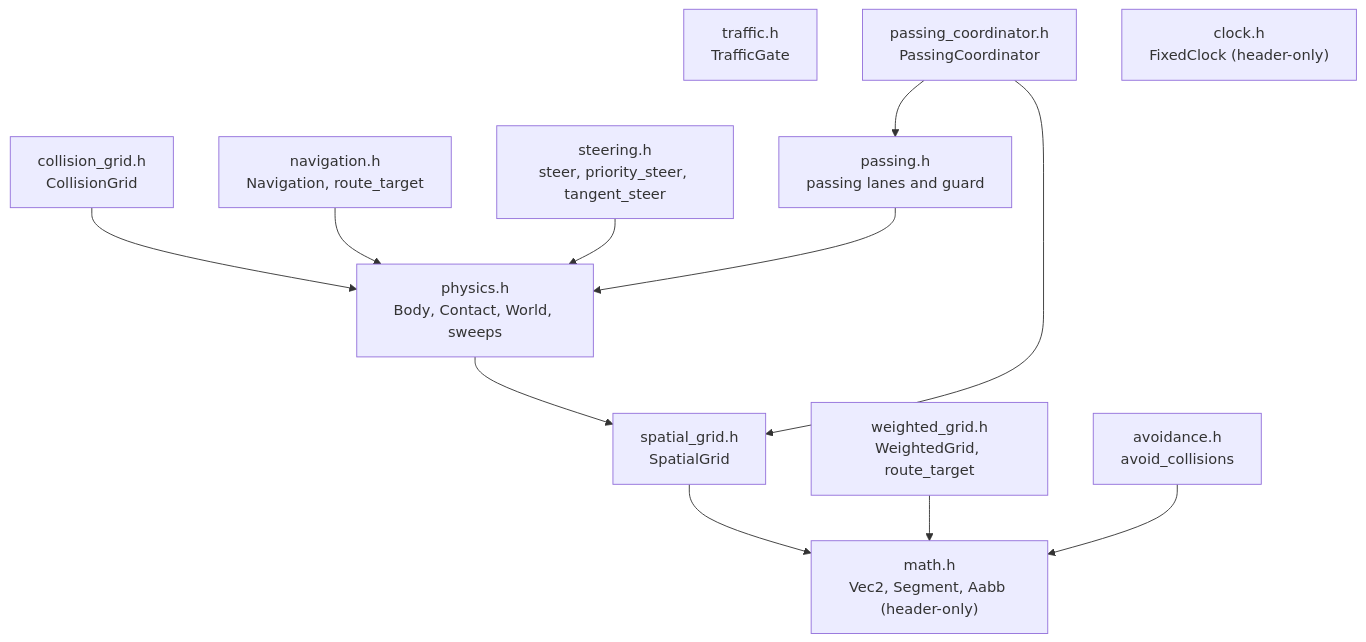
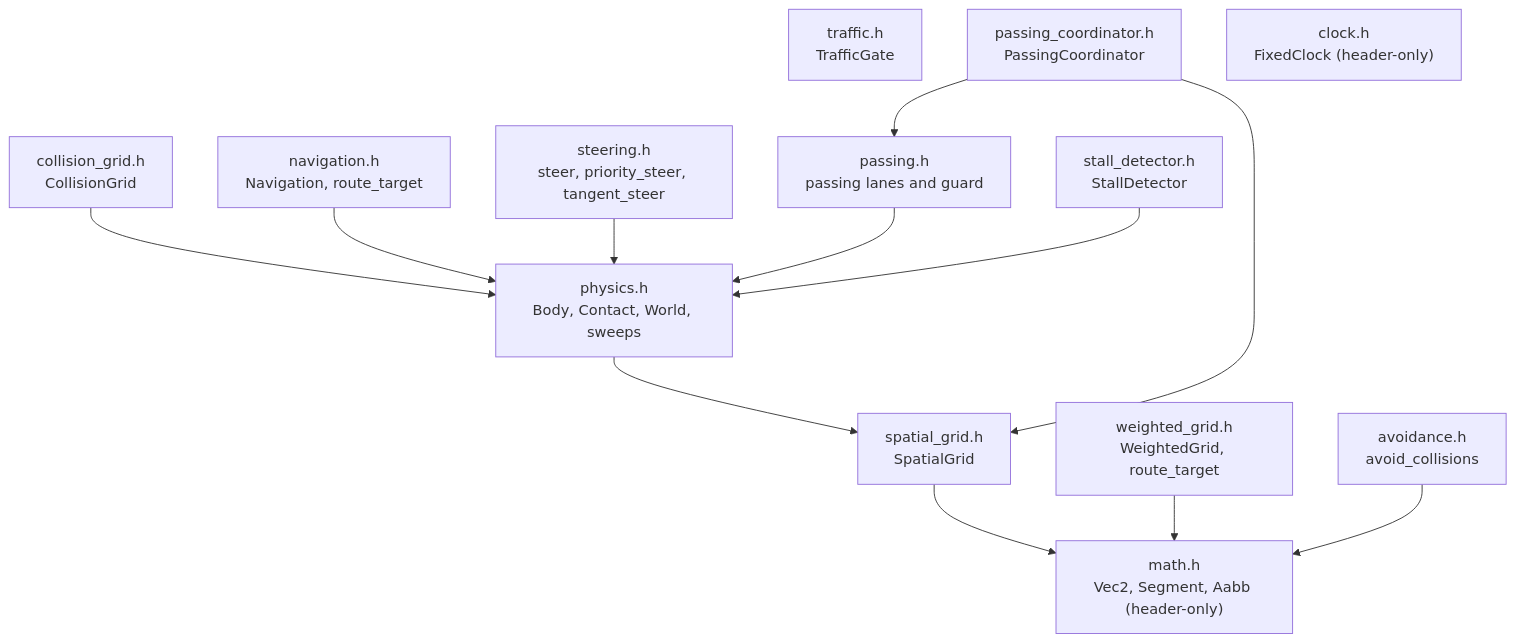
One commit to SMB-M87/Kinetra changed the first of 2 diagrams in src/simulation/README.md. Above: the diagram before and after it, drawn with Mermaid. The commit also changed other lines of this file and 8 other files, not shown here.

First line of the commit message:
feat(simulation): add StallDetector for episodes without progress

````diff
--- a/src/simulation/README.md
+++ b/src/simulation/README.md
@@ -41,25 +41,27 @@
 ```mermaid
 flowchart TD
     Math["math.h<br/>Vec2, Segment, Aabb (header-only)"]
     Grid["spatial_grid.h<br/>SpatialGrid"]
     Physics["physics.h<br/>Body, Contact, World, sweeps"]
     CGrid["collision_grid.h<br/>CollisionGrid"]
     Nav["navigation.h<br/>Navigation, route_target"]
     WGrid["weighted_grid.h<br/>WeightedGrid, route_target"]
     Steer["steering.h<br/>steer, priority_steer, tangent_steer"]
     Avoid["avoidance.h<br/>avoid_collisions"]
     Traffic["traffic.h<br/>TrafficGate"]
     Passing["passing.h<br/>passing lanes and guard"]
     Coordinator["passing_coordinator.h<br/>PassingCoordinator"]
+    Stall["stall_detector.h<br/>StallDetector"]
     Clock["clock.h<br/>FixedClock (header-only)"]
     Grid --> Math
     Physics --> Grid
     CGrid --> Physics
     Nav --> Physics
     Steer --> Physics
     WGrid --> Math
     Avoid --> Math
     Passing --> Physics
     Coordinator --> Passing
     Coordinator --> Grid
+    Stall --> Physics
 ```
````
